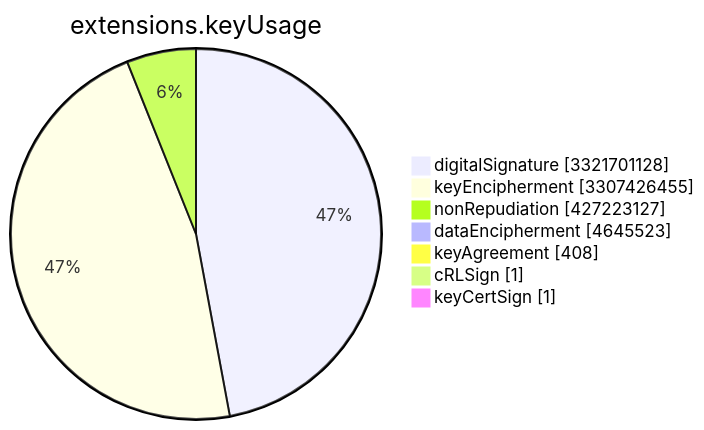
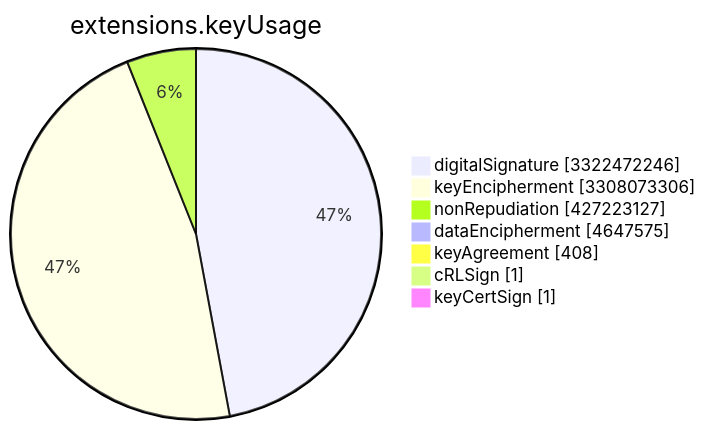
One commit to christiankrug/ctmonitor_visualization changed the sixth of 15 diagrams in TOTAL/README.md. Above: the diagram before and after it, drawn with Mermaid. The commit also changed other lines of this file, not shown here.

````diff
--- a/TOTAL/README.md
+++ b/TOTAL/README.md
@@ -3078,11 +3078,11 @@
 ```mermaid
 pie showData
 title extensions.keyUsage
-"digitalSignature" :3321701128
-"keyEncipherment" :3307426455
+"digitalSignature" :3322472246
+"keyEncipherment" :3308073306
 "nonRepudiation" :427223127
-"dataEncipherment" :4645523
+"dataEncipherment" :4647575
 "keyAgreement" :408
 "cRLSign" :1
 "keyCertSign" :1
 ```
````
